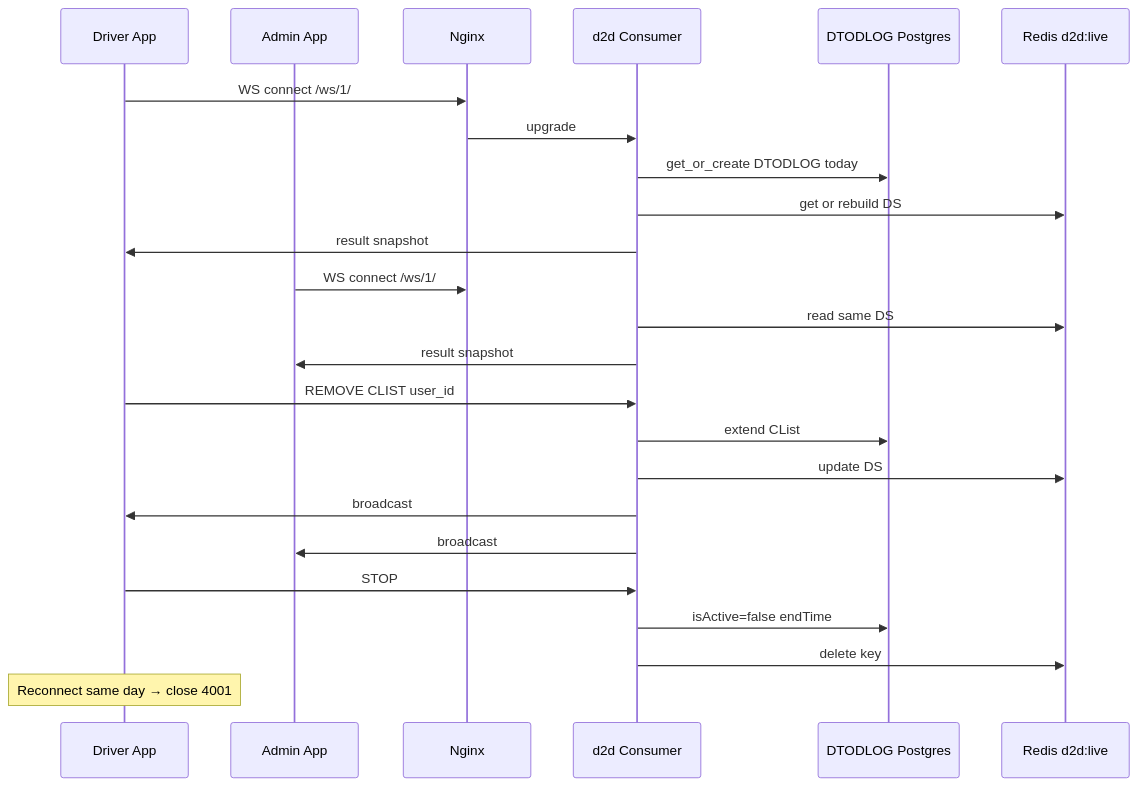
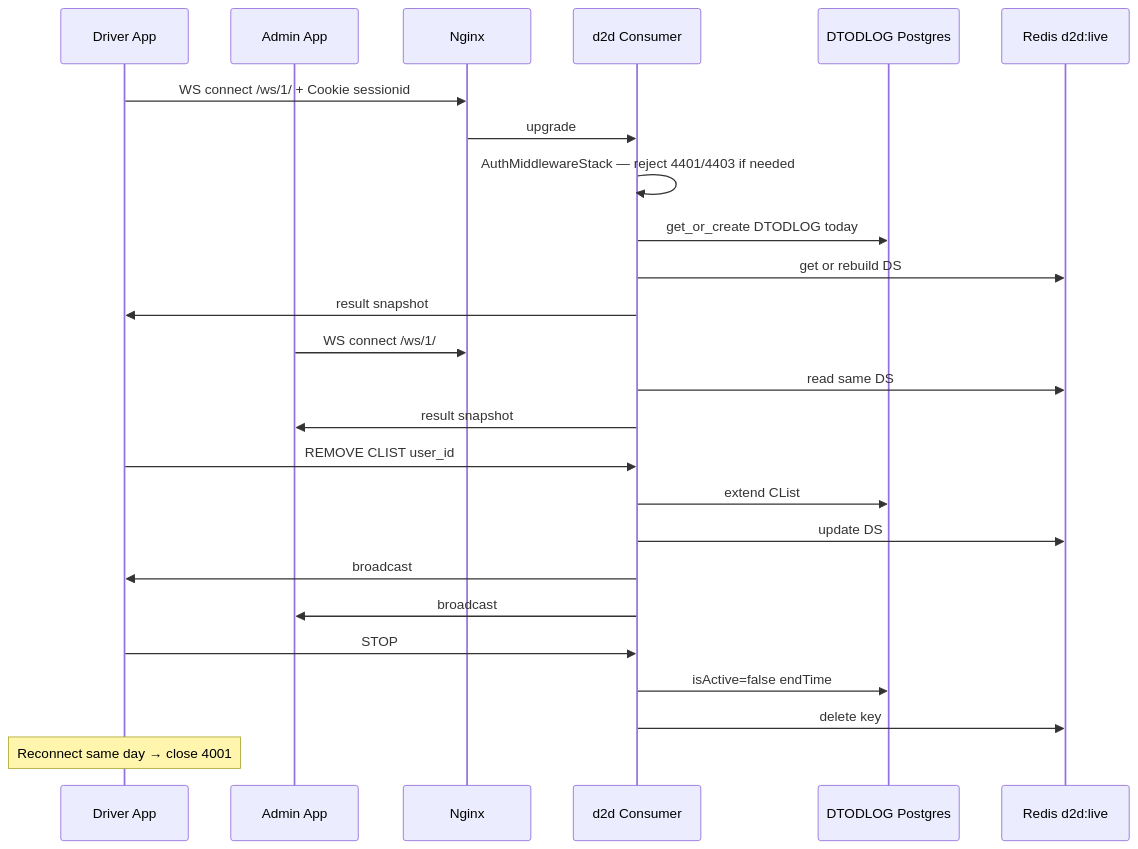
Before and after one commit to professorbhakta/cts_beta: the third of 8 diagrams in docs/INTEGRATION.md, drawn with Mermaid. The commit also changed other lines of this file and 93 other files, not shown here.

First line of the commit message:
Enable driver return confirm and harden D2D/auth flows.

````diff
--- a/docs/INTEGRATION.md
+++ b/docs/INTEGRATION.md
@@ -109,30 +109,31 @@
 ```mermaid
 sequenceDiagram
   participant Driver as Driver App
   participant Admin as Admin App
   participant Nginx
   participant Consumer as d2d Consumer
   participant DB as DTODLOG Postgres
   participant Live as Redis d2d:live
 
-  Driver->>Nginx: WS connect /ws/1/
+  Driver->>Nginx: WS connect /ws/1/ + Cookie sessionid
   Nginx->>Consumer: upgrade
+  Consumer->>Consumer: AuthMiddlewareStack — reject 4401/4403 if needed
   Consumer->>DB: get_or_create DTODLOG today
   Consumer->>Live: get or rebuild DS
   Consumer->>Driver: result snapshot
 
   Admin->>Nginx: WS connect /ws/1/
   Consumer->>Live: read same DS
   Consumer->>Admin: result snapshot
 
   Driver->>Consumer: REMOVE CLIST user_id
   Consumer->>DB: extend CList
   Consumer->>Live: update DS
   Consumer->>Driver: broadcast
   Consumer->>Admin: broadcast
 
   Driver->>Consumer: STOP
   Consumer->>DB: isActive=false endTime
   Consumer->>Live: delete key
   Note over Driver: Reconnect same day → close 4001
 ```
````
